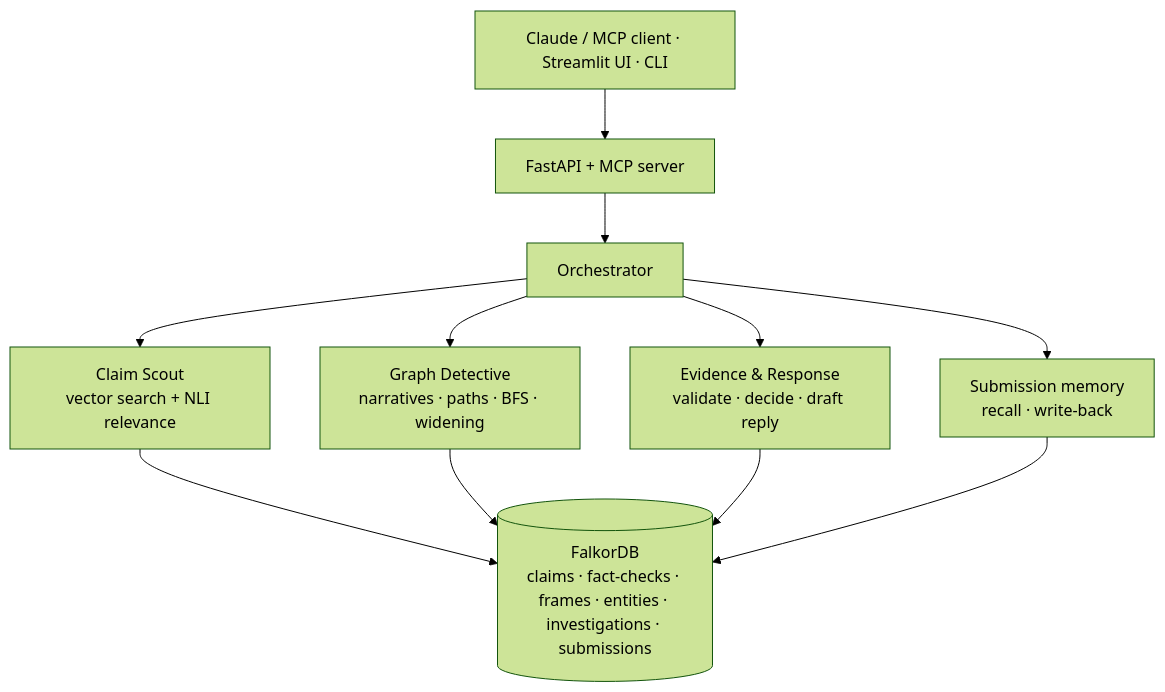
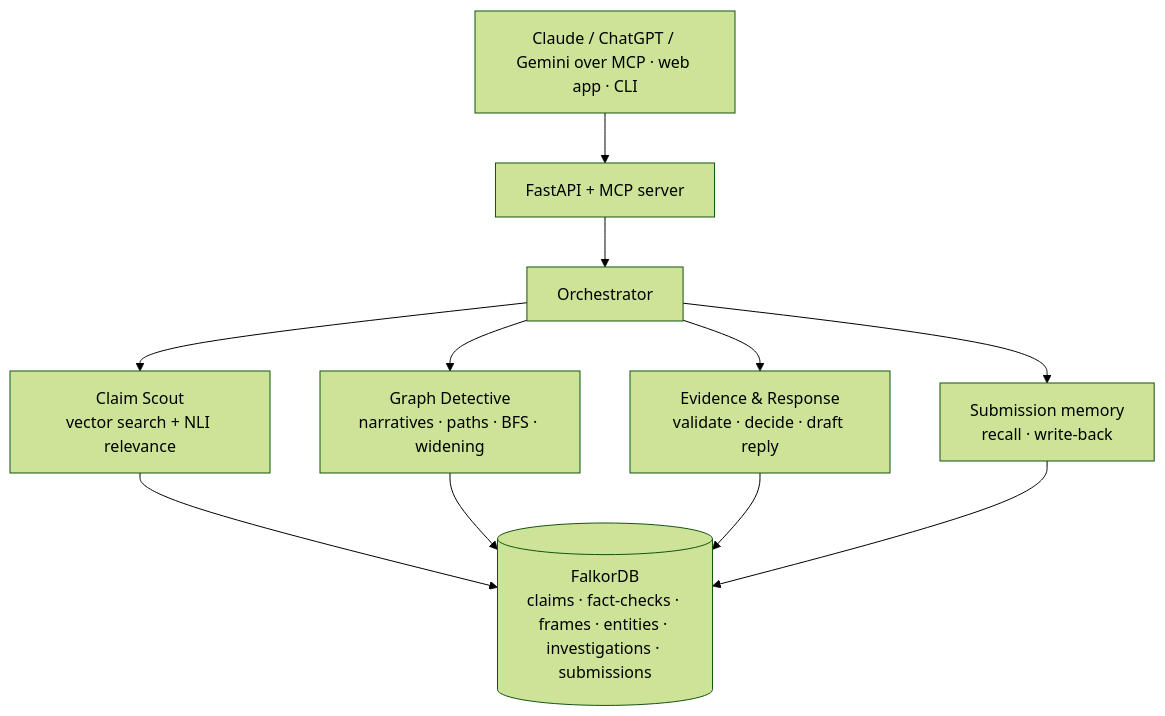
Before and after one commit to harshbpathak/Pehchaan: the diagram in README.md, drawn with Mermaid (forest theme). The commit also changed other lines of this file and 2 other files, not shown here.

````diff
--- a/README.md
+++ b/README.md
@@ -51,10 +88,10 @@
 ```mermaid
 graph TD
-  U[Claude / MCP client · Streamlit UI · CLI] --> S[FastAPI + MCP server]
+  U[Claude / ChatGPT / Gemini over MCP · web app · CLI] --> S[FastAPI + MCP server]
   S --> O[Orchestrator]
   O --> A[Claim Scout<br/>vector search + NLI relevance]
   O --> B[Graph Detective<br/>narratives · paths · BFS · widening]
   O --> C[Evidence & Response<br/>validate · decide · draft reply]
   O --> M[Submission memory<br/>recall · write-back]
   A & B & C & M --> F[(FalkorDB<br/>claims · fact-checks · frames · entities · investigations · submissions)]
 ```
````
